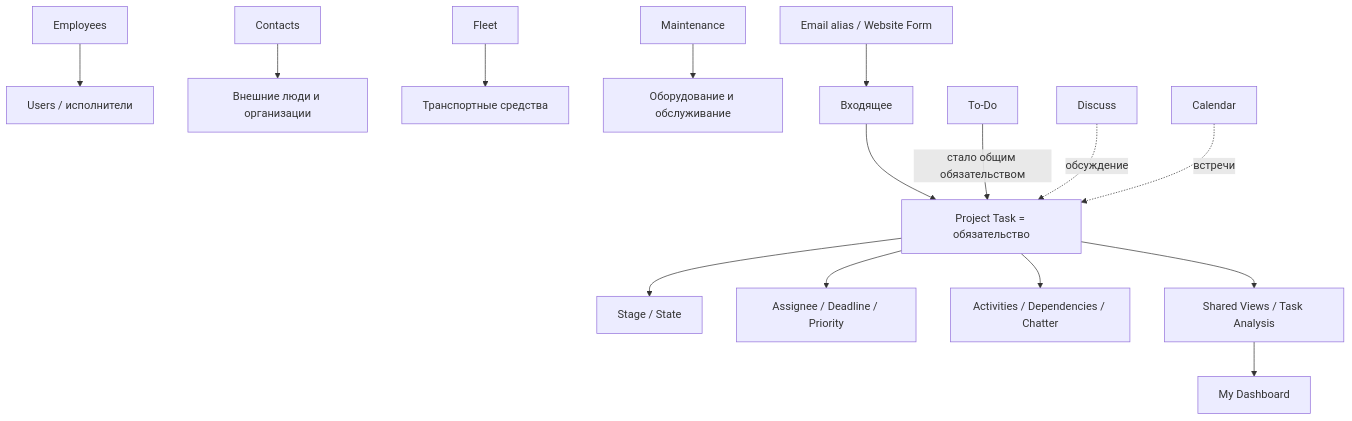
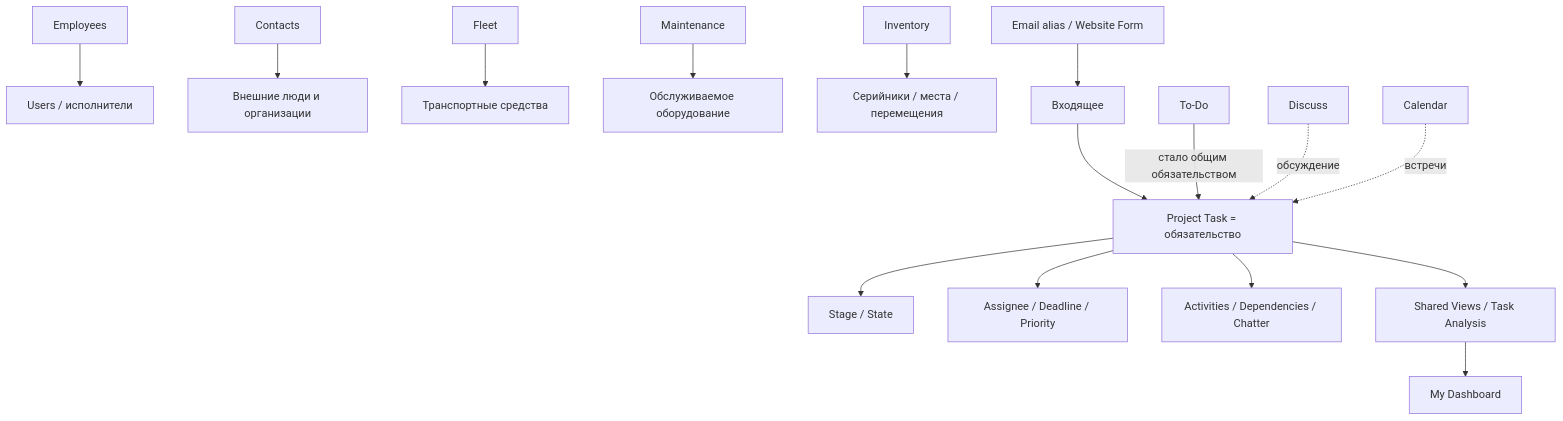
Before and after one commit to lazuale/department: the diagram in README.md, drawn with Mermaid. The commit also changed other lines of this file, not shown here.

````diff
--- a/README.md
+++ b/README.md
@@ -39,19 +39,20 @@
 ```mermaid
 flowchart TB
     E[Employees] --> U[Users / исполнители]
     C[Contacts] --> X[Внешние люди и организации]
     F[Fleet] --> V[Транспортные средства]
-    M[Maintenance] --> EQ[Оборудование и обслуживание]
+    M[Maintenance] --> EQ[Обслуживаемое оборудование]
+    I[Inventory] --> ST[Серийники / места / перемещения]
 
-    I[Входящее] --> T[Project Task = обязательство]
+    I0[Входящее] --> T[Project Task = обязательство]
     T --> S[Stage / State]
     T --> A[Assignee / Deadline / Priority]
     T --> N[Activities / Dependencies / Chatter]
     T --> Q[Shared Views / Task Analysis]
     Q --> D[My Dashboard]
 
     TD[To-Do] -->|стало общим обязательством| T
     DS[Discuss] -. обсуждение .-> T
     CAL[Calendar] -. встречи .-> T
-    W[Email alias / Website Form] --> I
+    W[Email alias / Website Form] --> I0
 ```
````
